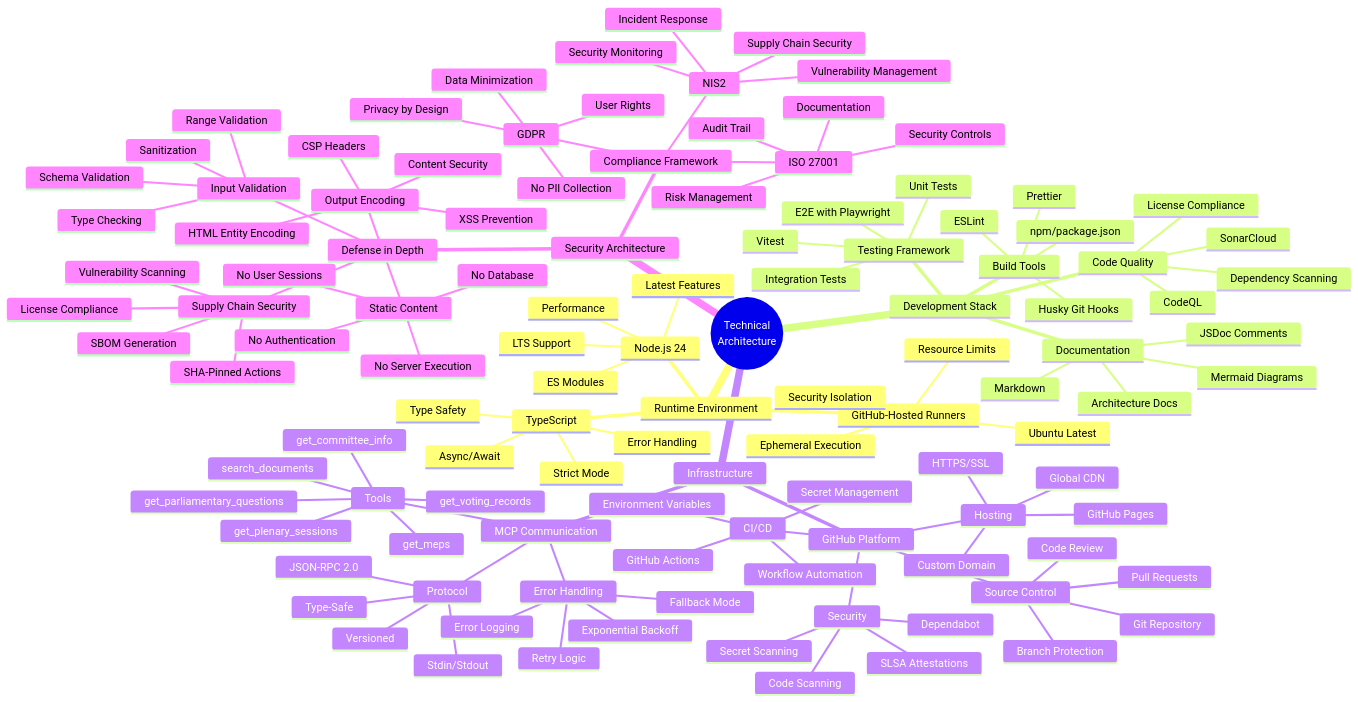
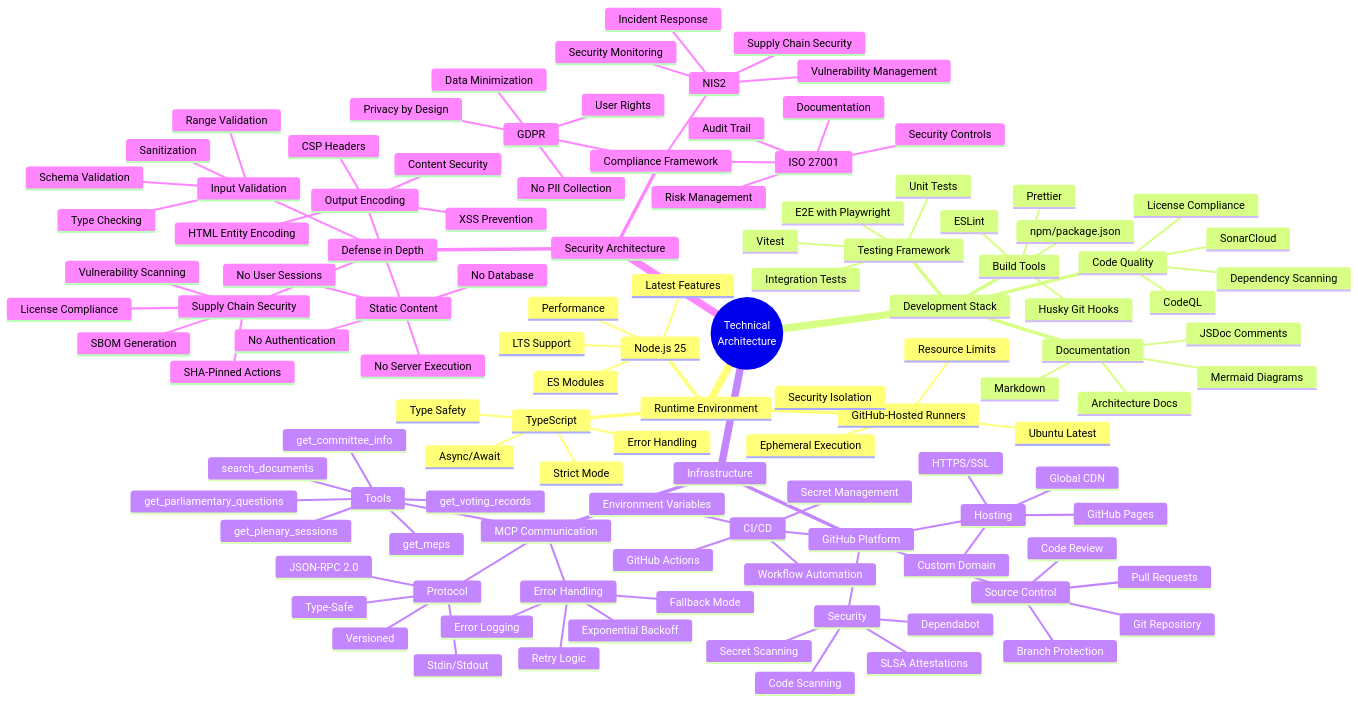
The fourth of 12 diagrams in MINDMAP.md (Hack23/euparliamentmonitor), drawn with Mermaid before and after one commit. The commit also changed other lines of this file and 50 other files, not shown here.

```diff
--- a/MINDMAP.md
+++ b/MINDMAP.md
@@ -332,7 +332,7 @@
 mindmap
   root((Technical<br/>Architecture))
     Runtime Environment
-      Node.js 24
+      Node.js 25
         LTS Support
         Performance
         ES Modules
```
